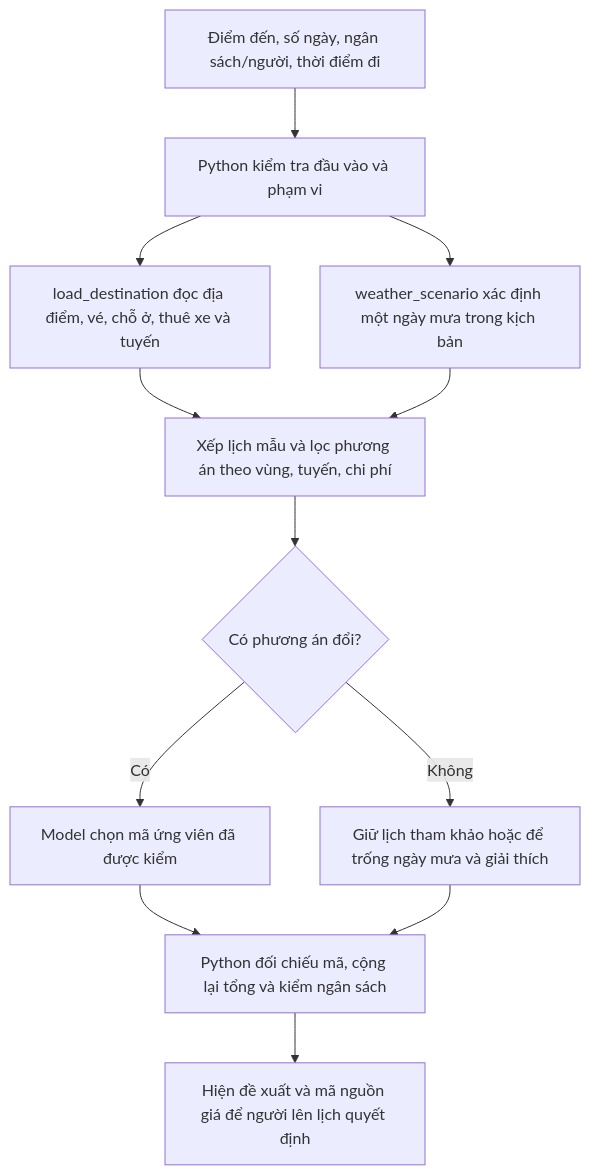
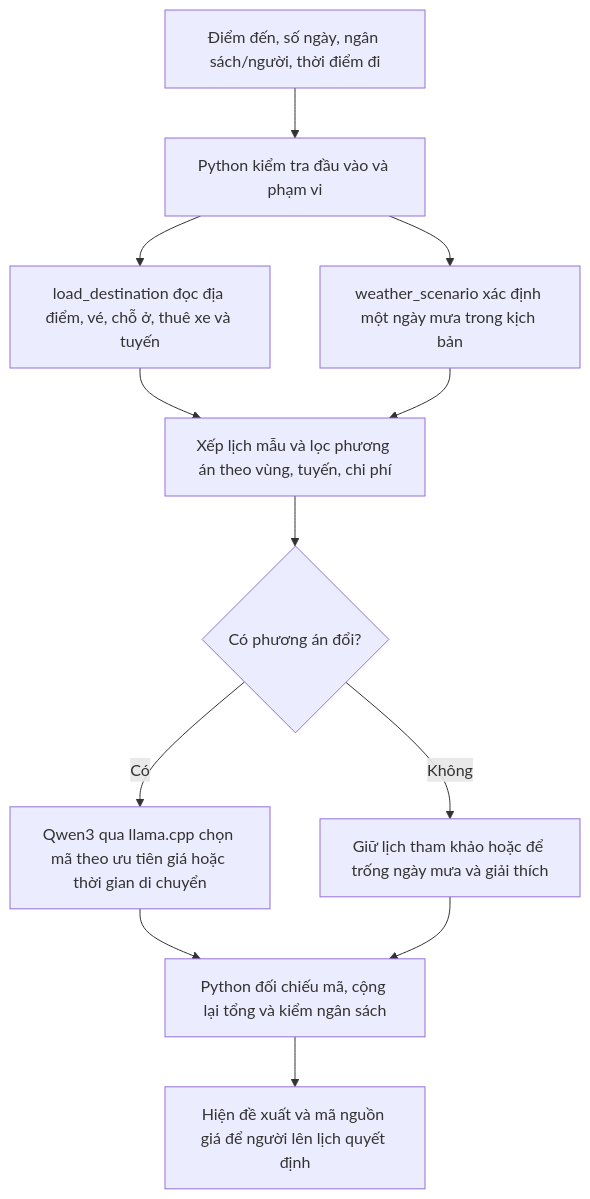
The diagram in spec.md (tu7749/K5-Day15-L3A-ASCLE), drawn with Mermaid before and after one commit. The commit also changed other lines of this file and 59 other files, not shown here.

````diff
--- a/spec.md
+++ b/spec.md
@@ -54,14 +61,14 @@
 ```mermaid
 flowchart TD
     A["Điểm đến, số ngày, ngân sách/người, thời điểm đi"] --> B["Python kiểm tra đầu vào và phạm vi"]
     B --> C["load_destination đọc địa điểm, vé, chỗ ở, thuê xe và tuyến"]
     B --> D["weather_scenario xác định một ngày mưa trong kịch bản"]
     C --> E["Xếp lịch mẫu và lọc phương án theo vùng, tuyến, chi phí"]
     D --> E
     E --> F{"Có phương án đổi?"}
-    F -->|Có| G["Model chọn mã ứng viên đã được kiểm"]
+    F -->|Có| G["Qwen3 qua llama.cpp chọn mã theo ưu tiên giá hoặc thời gian di chuyển"]
     F -->|Không| H["Giữ lịch tham khảo hoặc để trống ngày mưa và giải thích"]
     G --> I["Python đối chiếu mã, cộng lại tổng và kiểm ngân sách"]
     H --> I
     I --> J["Hiện đề xuất và mã nguồn giá để người lên lịch quyết định"]
 ```
````
